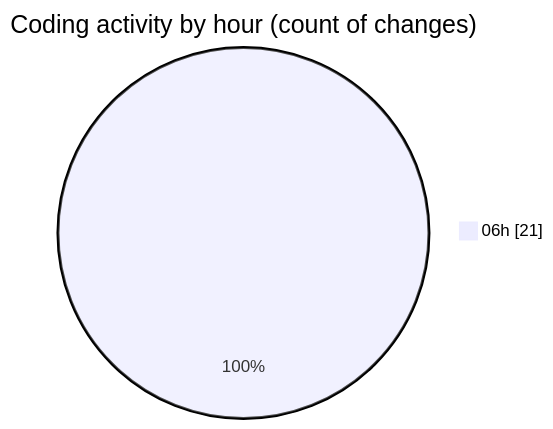
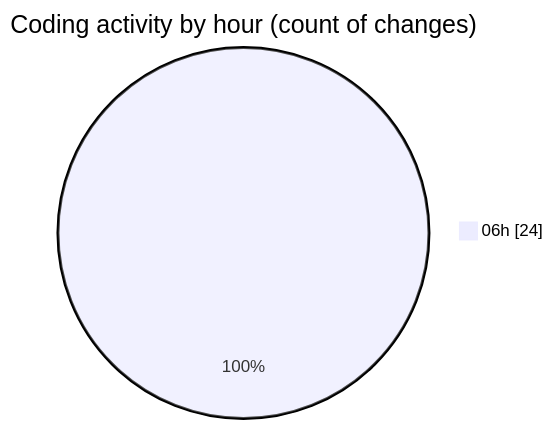
The second of 2 diagrams in 2025-02-21/micros/README.md (charlie-sans/code-tracking), drawn with Mermaid before and after one commit. The commit also changed other lines of this file and 1 other file, not shown here.

````diff
--- a/2025-02-21/micros/README.md
+++ b/2025-02-21/micros/README.md
@@ -45,5 +47,5 @@
 ```mermaid
 pie showData
 title Coding activity by hour (count of changes)
-"06h" : 21
+"06h" : 24
 ```
````
